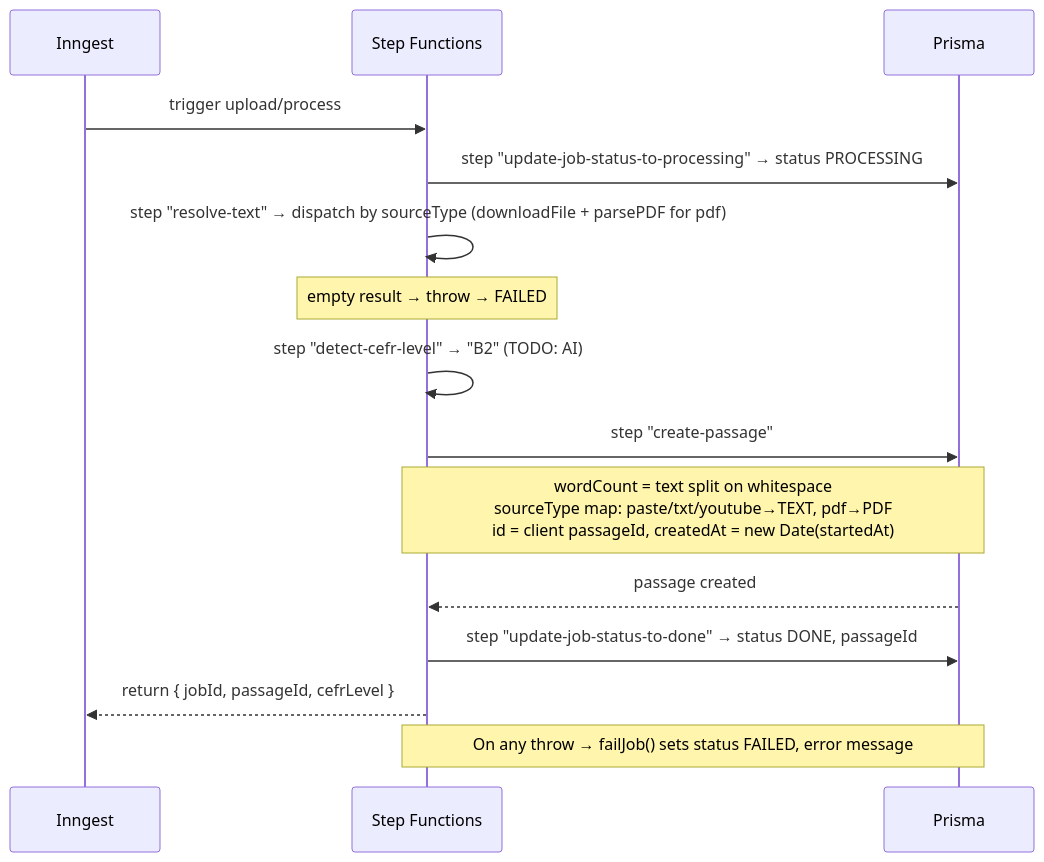
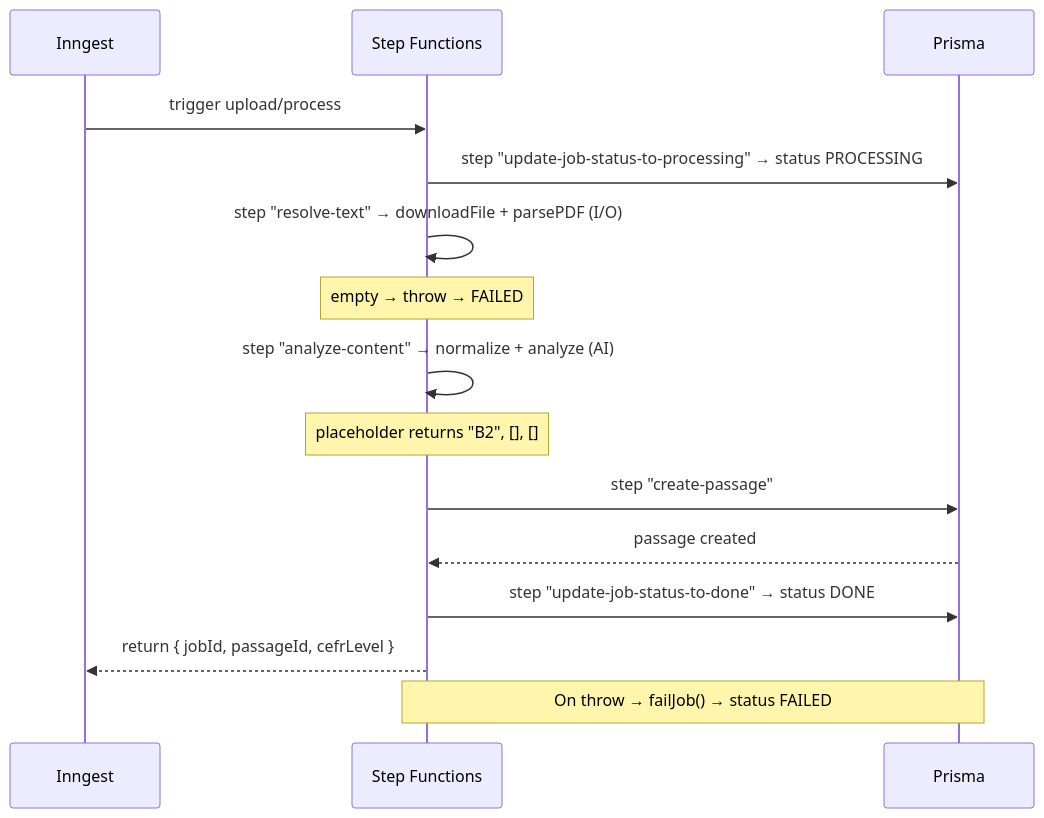
The third of 4 diagrams in docs/Flow/upload/upload-data-flow.md (BoneTheDeveloper/ReadingPro), drawn with Mermaid before and after one commit. The commit also changed other lines of this file and 7 other files, not shown here.

````diff
--- a/docs/Flow/upload/upload-data-flow.md
+++ b/docs/Flow/upload/upload-data-flow.md
@@ -129,23 +134,23 @@
 ```mermaid
 sequenceDiagram
     participant I as Inngest
     participant S as Step Functions
     participant P as Prisma
 
     I->>S: trigger upload/process
     S->>P: step "update-job-status-to-processing" → status PROCESSING
 
-    S->>S: step "resolve-text" → dispatch by sourceType (downloadFile + parsePDF for pdf)
-    Note over S: empty result → throw → FAILED
+    S->>S: step "resolve-text" → downloadFile + parsePDF (I/O)
+    Note over S: empty → throw → FAILED
 
-    S->>S: step "detect-cefr-level" → "B2" (TODO: AI)
+    S->>S: step "analyze-content" → normalize + analyze (AI)
+    Note over S: placeholder returns "B2", [], []
 
     S->>P: step "create-passage"
-    Note over S,P: wordCount = text split on whitespace<br/>sourceType map: paste/txt/youtube→TEXT, pdf→PDF<br/>id = client passageId, createdAt = new Date(startedAt)
     P-->>S: passage created
 
-    S->>P: step "update-job-status-to-done" → status DONE, passageId
+    S->>P: step "update-job-status-to-done" → status DONE
     S-->>I: return { jobId, passageId, cefrLevel }
 
-    Note over S,P: On any throw → failJob() sets status FAILED, error message
+    Note over S,P: On throw → failJob() → status FAILED
 ```
````
